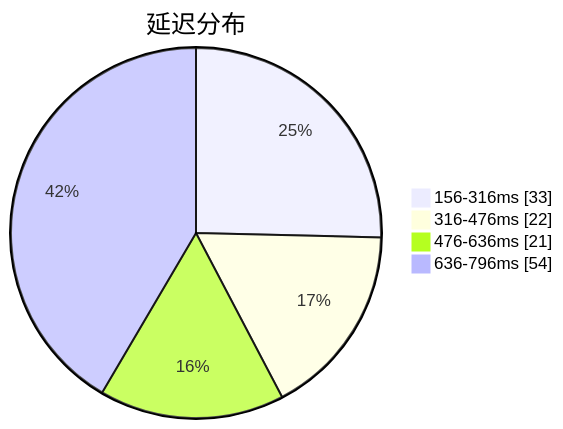
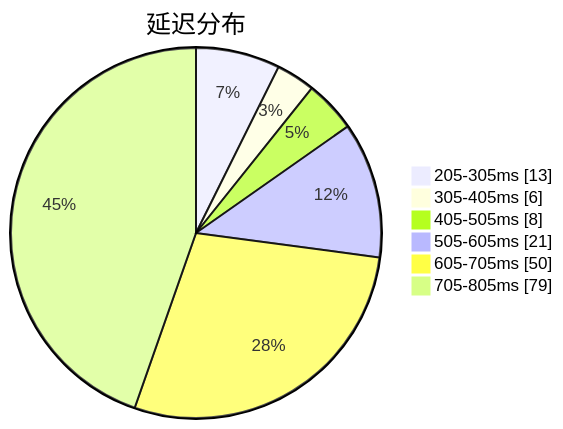
One commit to qjlxg/airport changed the first of 3 diagrams in subs/statistics/tested_within.md. Above: the diagram before and after it, drawn with Mermaid. The commit also changed other lines of this file and 2 other files, not shown here.

````diff
--- a/subs/statistics/tested_within.md
+++ b/subs/statistics/tested_within.md
@@ -2,8 +2,10 @@
 ```mermaid
 pie showData
 title 延迟分布
-"156-316ms" : 33
-"316-476ms" : 22
-"476-636ms" : 21
-"636-796ms" : 54
+"205-305ms" : 13
+"305-405ms" : 6
+"405-505ms" : 8
+"505-605ms" : 21
+"605-705ms" : 50
+"705-805ms" : 79
 ```
````
